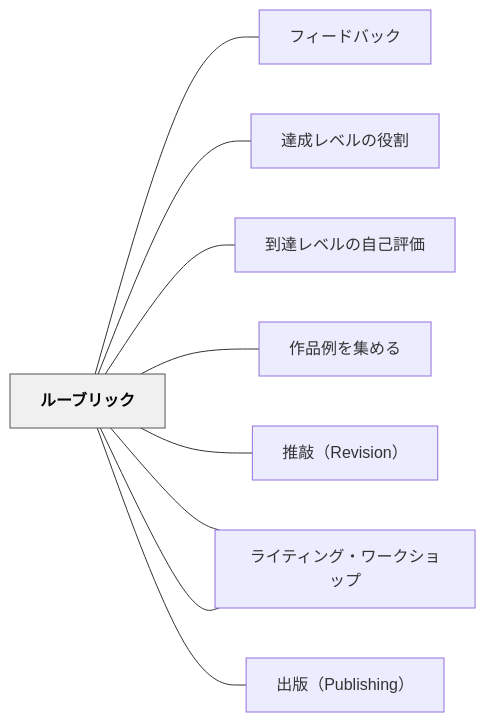
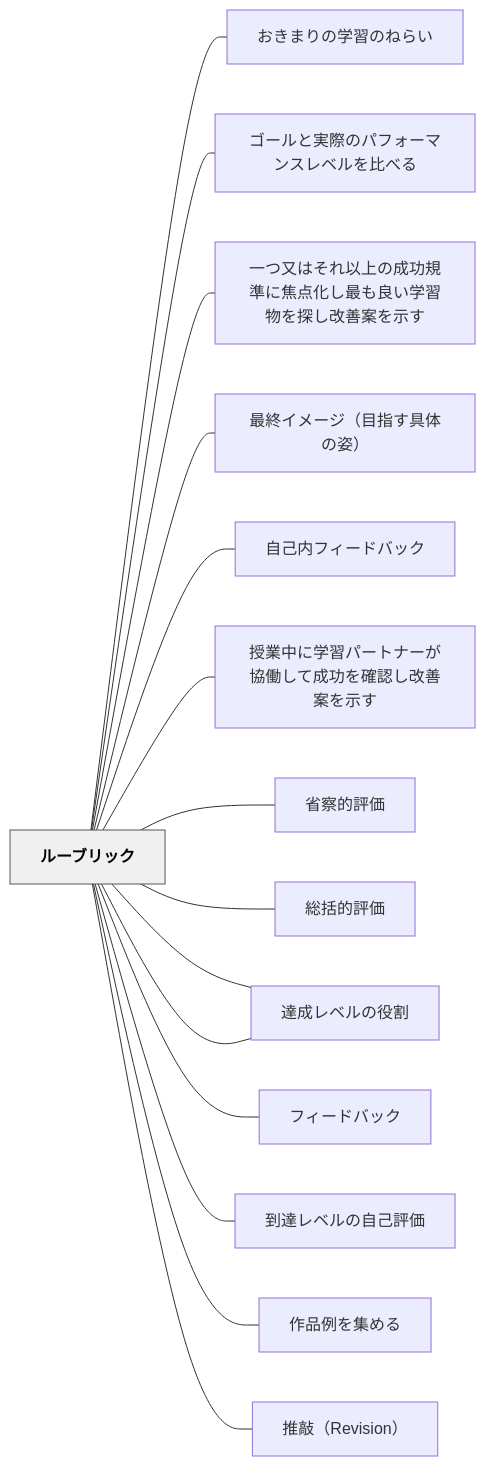
The diagram in content/パタン/ルーブリック.md (unknownthings-ed-patterns/unknownthings-ed-patterns), drawn with Mermaid before and after one commit. The commit also changed other lines of this file and 473 other files, not shown here.

````diff
--- a/content/パタン/ルーブリック.md
+++ b/content/パタン/ルーブリック.md
@@ -110,24 +119,36 @@
 ```mermaid
 flowchart LR
     ne383abe383bc["ルーブリック"]
+    ne3818ae3818d["おきまりの学習のねらい"]
+    ne382b4e383bc["ゴールと実際のパフォーマンスレベルを比べる"]
+    ne4b880e381a4["一つ又はそれ以上の成功規準に焦点化し最も良い学習物を探し改善案を示す"]
+    ne69c80e7b582["最終イメージ（目指す具体の姿）"]
+    ne887aae5b7b1["自己内フィードバック"]
+    ne68e88e6a5ad["授業中に学習パートナーが協働して成功を確認し改善案を示す"]
+    ne79c81e5af9f["省察的評価"]
+    ne7b78fe68bac["総括的評価"]
+    ne98194e68890["達成規準の共同構築"]
     ne38395e382a3["フィードバック"]
     ne98194e68890["達成レベルの役割"]
     ne588b0e98194["到達レベルの自己評価"]
     ne4bd9ce59381["作品例を集める"]
     ne68ea8e695b2["推敲（Revision）"]
-    ne383a9e382a4["ライティング・カンファリング"]
-    ne587bae78988["出版（Publishing）"]
-    ne383a9e382a4["ライティング・ワークショップ"]
 
+    ne383abe383bc --- ne3818ae3818d
+    ne383abe383bc --- ne382b4e383bc
+    ne383abe383bc --- ne4b880e381a4
+    ne383abe383bc --- ne69c80e7b582
+    ne383abe383bc --- ne887aae5b7b1
+    ne383abe383bc --- ne68e88e6a5ad
+    ne383abe383bc --- ne79c81e5af9f
+    ne383abe383bc --- ne7b78fe68bac
+    ne383abe383bc --- ne98194e68890
     ne383abe383bc --- ne38395e382a3
     ne383abe383bc --- ne98194e68890
     ne383abe383bc --- ne588b0e98194
     ne383abe383bc --- ne4bd9ce59381
     ne383abe383bc --- ne68ea8e695b2
-    ne383abe383bc --- ne383a9e382a4
-    ne383abe383bc --- ne587bae78988
-    ne383abe383bc --- ne383a9e382a4
 
     classDef hub fill:#f0f0f0,stroke:#555,color:#000,font-weight:bold
     class ne383abe383bc hub
 ```
````
